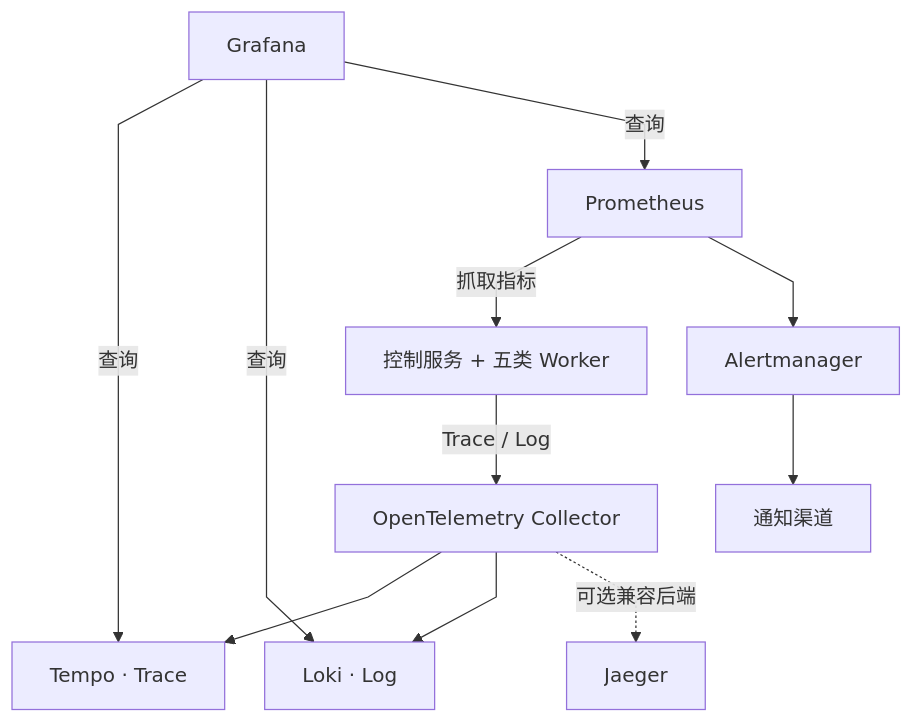
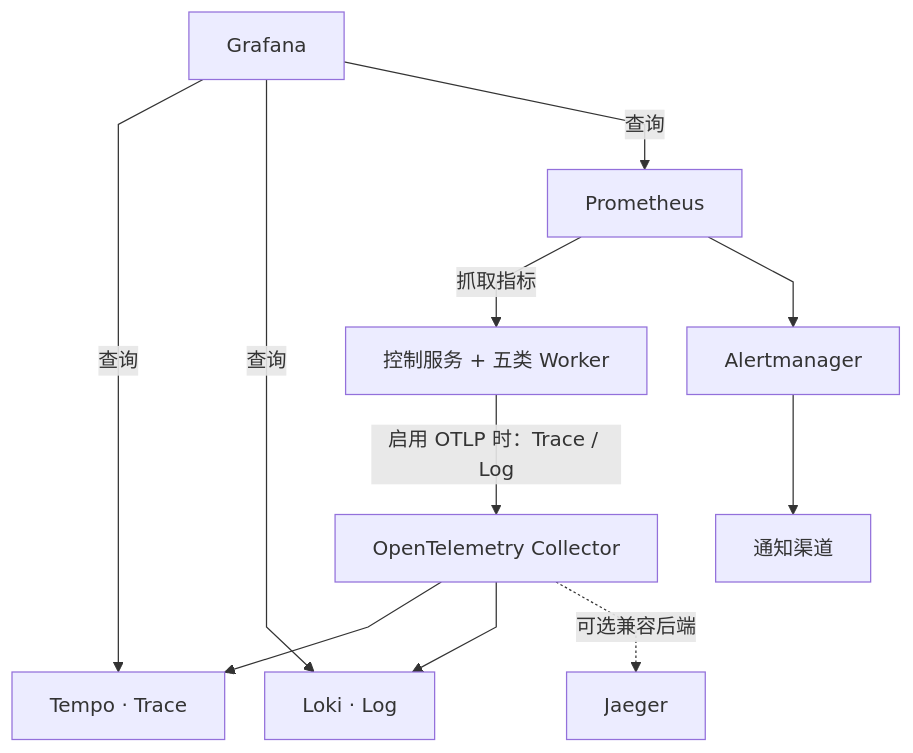
Before and after one commit to pinpols/file-batch-system: the fourth of 25 diagrams in docs/architecture/system-flow-overview.md, drawn with Mermaid. The commit also changed other lines of this file and 11 other files, not shown here.

````diff
--- a/docs/architecture/system-flow-overview.md
+++ b/docs/architecture/system-flow-overview.md
@@ -113,13 +112,13 @@
 ```mermaid
 %%{init: {"flowchart":{"curve":"linear","nodeSpacing":32,"rankSpacing":48},"sequence":{"mirrorActors":false}}}%%
 flowchart TB
-  A["控制服务 + 五类 Worker"] -->|"Trace / Log"| OT["OpenTelemetry Collector"]
+  A["控制服务 + 五类 Worker"] -->|"启用 OTLP 时：Trace / Log"| OT["OpenTelemetry Collector"]
   OT --> T["Tempo · Trace"]
   OT --> L["Loki · Log"]
   OT -. "可选兼容后端" .-> J["Jaeger"]
   P["Prometheus"] -->|"抓取指标"| A
   P --> AM["Alertmanager"] --> N["通知渠道"]
   G["Grafana"] -->|"查询"| T
   G -->|"查询"| L
   G -->|"查询"| P
 ```
````
